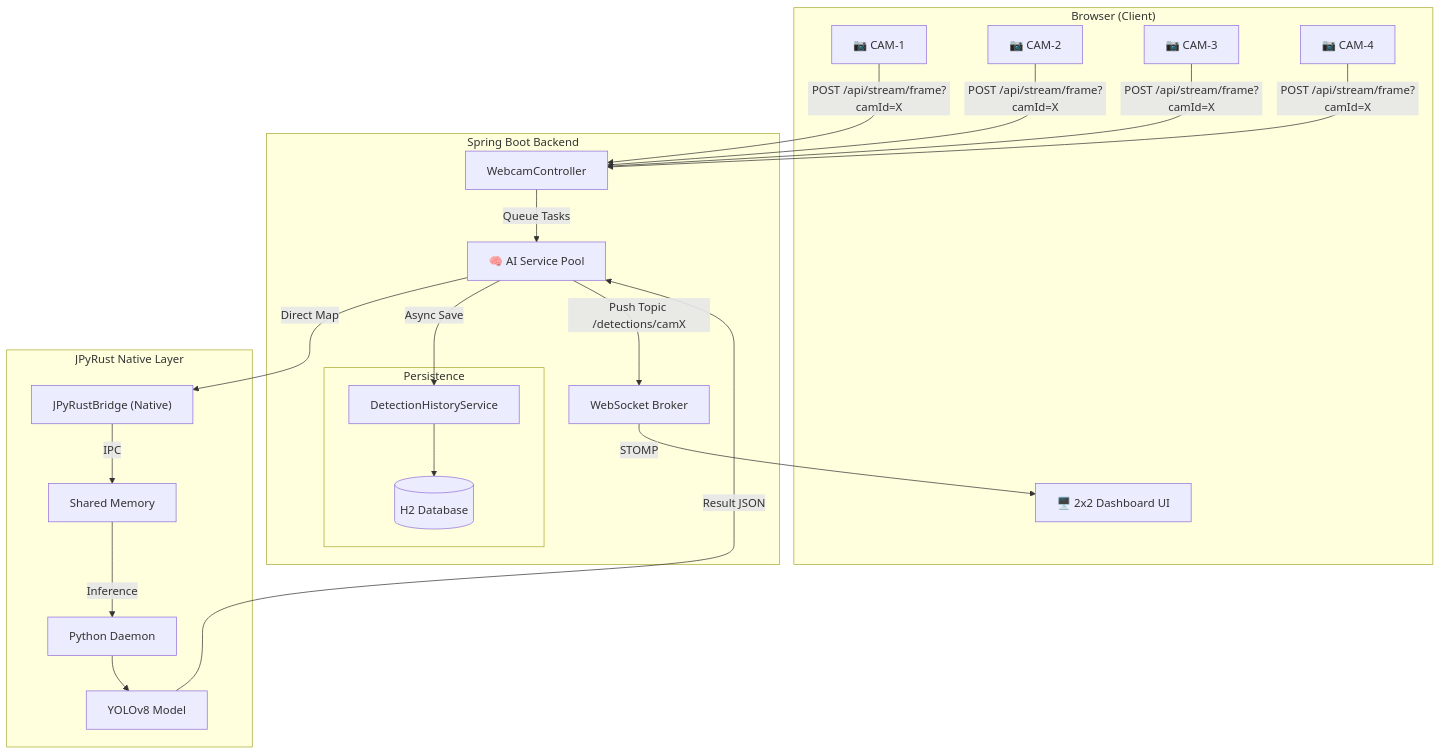
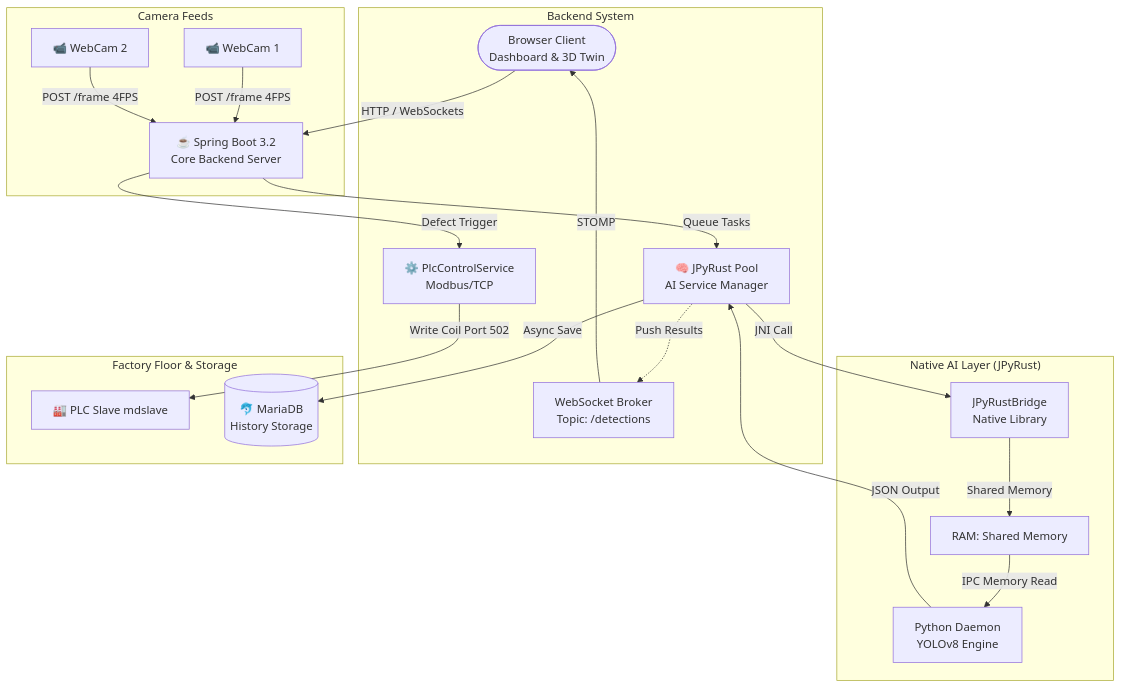
One commit to farmer0010/SmartFactory-Vision changed the first of 3 diagrams in README.md. Above: the diagram before and after it, drawn with Mermaid. The commit also changed other lines of this file and 1 other file, not shown here.

Commit message:
docs: gracefully merge 42cabi style to original READMEs with native mdslave instructions

````diff
--- a/README.md
+++ b/README.md
@@ -38,41 +29,33 @@
 ```mermaid
 graph TD
-    subgraph "Browser (Client)"
-        C1["📷 CAM-1"]
-        C2["📷 CAM-2"]
-        C3["📷 CAM-3"]
-        C4["📷 CAM-4"]
-        UI["🖥️ 2x2 Dashboard UI"]
+    %% Client and Entry Point
+    Client(["Browser Client<br>Dashboard & 3D Twin"]) -->|HTTP / WebSockets| SpringBoot["☕ Spring Boot 3.2<br>Core Backend Server"]
+
+    %% Camera Feeds
+    subgraph Camera_Feeds ["Camera Feeds"]
+        CAM1["📹 WebCam 1"] -->|POST /frame 4FPS| SpringBoot
+        CAM2["📹 WebCam 2"] -->|POST /frame 4FPS| SpringBoot
     end
 
-    subgraph "Spring Boot Backend"
-        WC["WebcamController"]
-        Pool["🧠 AI Service Pool"]
-        subgraph "Persistence"
-            DHS["DetectionHistoryService"]
-            DB[("H2 Database")]
-        end
-        WS["WebSocket Broker"]
+    %% Backend Area
+    subgraph Backend_System ["Backend System"]
+        SpringBoot -->|"Queue Tasks"| Pool["🧠 JPyRust Pool<br>AI Service Manager"]
+        Pool -.->|"Push Results"| WS["WebSocket Broker<br>Topic: /detections"]
+        WS -->|"STOMP"| Client
+        SpringBoot -->|"Defect Trigger"| PLC_Service["⚙️ PlcControlService<br>Modbus/TCP"]
     end
 
-    subgraph "JPyRust Native Layer"
-        Bridge["JPyRustBridge (Native)"]
-        SHM["Shared Memory"]
-        Daemon["Python Daemon"]
-        YOLO["YOLOv8 Model"]
+    %% JPyRust Layer
+    subgraph Native_AI_Layer ["Native AI Layer (JPyRust)"]
+        Pool -->|"JNI Call"| Bridge["JPyRustBridge<br>Native Library"]
+        Bridge -->|"Shared Memory"| SHM["RAM: Shared Memory"]
+        SHM -->|"IPC Memory Read"| PythonDaemon["Python Daemon<br>YOLOv8 Engine"]
+        PythonDaemon -->|"JSON Output"| Pool
     end
 
-    C1 & C2 & C3 & C4 -- "POST /api/stream/frame?camId=X" --> WC
-    WC -- "Queue Tasks" --> Pool
-    Pool -- "Direct Map" --> Bridge
-    Bridge -- "IPC" --> SHM
-    SHM -- "Inference" --> Daemon
-    Daemon --> YOLO
-    
-    YOLO -- "Result JSON" --> Pool
-    Pool -- "Async Save" --> DHS
-    DHS --> DB
-    
-    Pool -- "Push Topic /detections/camX" --> WS
-    WS -- "STOMP" --> UI
+    %% Storage and Hardware Layer
+    subgraph Factory_Storage ["Factory Floor & Storage"]
+        PLC_Service -->|"Write Coil Port 502"| Slave["🏭 PLC Slave mdslave"]
+        Pool -->|"Async Save"| DB[("🐬 MariaDB<br>History Storage")]
+    end
 ```
````
